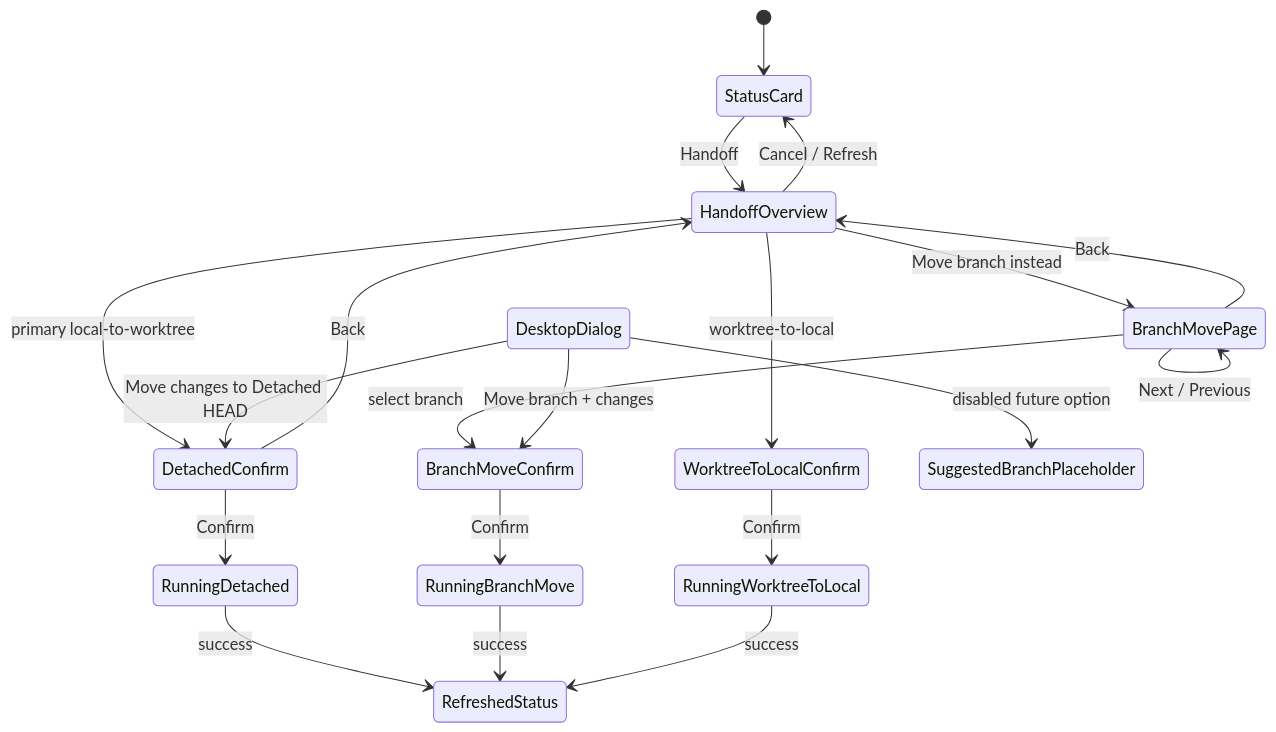
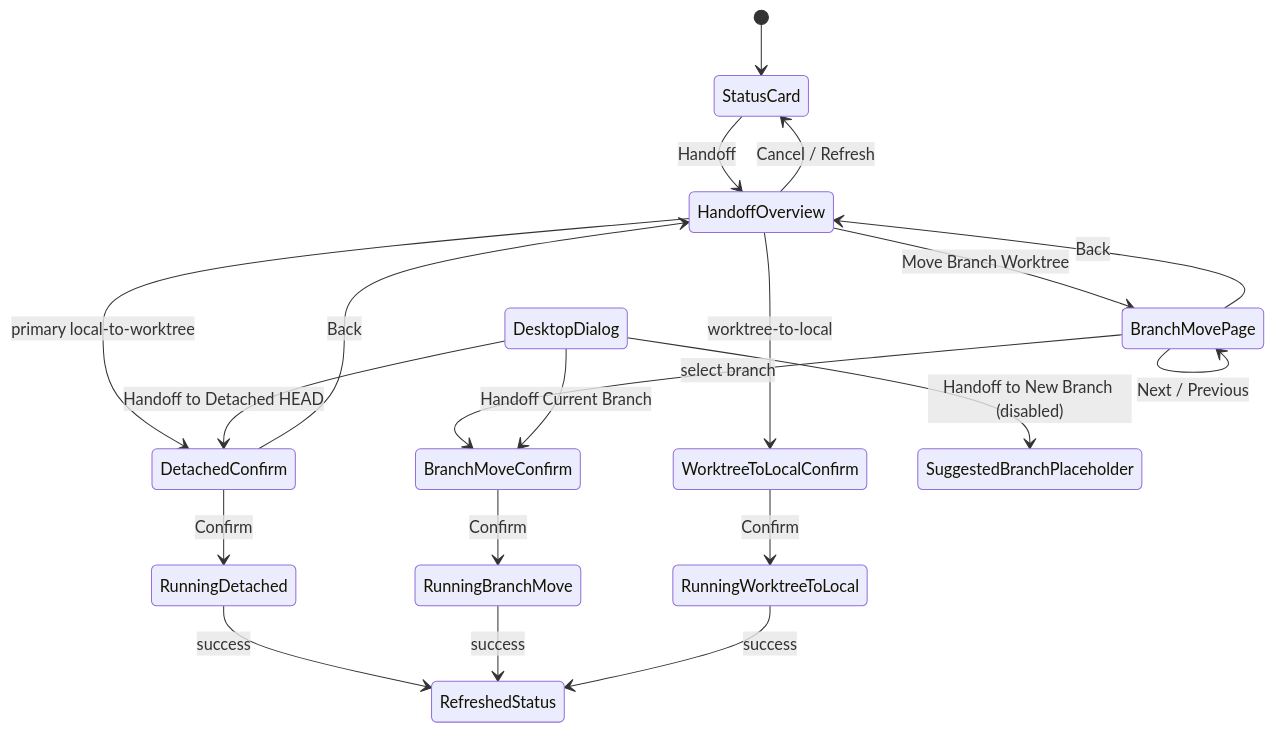
Before and after one commit to pwrdrvr/PwrAgent: the first of 2 diagrams in docs/plans/2026-05-02-004-fix-messaging-handoff-branch-picker-plan.md, drawn with Mermaid. The commit also changed other lines of this file and 2 other files, not shown here.

Commit message:
fix(desktop): align handoff strategy labels

````diff
--- a/docs/plans/2026-05-02-004-fix-messaging-handoff-branch-picker-plan.md
+++ b/docs/plans/2026-05-02-004-fix-messaging-handoff-branch-picker-plan.md
@@ -236,22 +244,22 @@
 ```mermaid
 stateDiagram-v2
     [*] --> StatusCard
     StatusCard --> HandoffOverview: Handoff
     HandoffOverview --> DetachedConfirm: primary local-to-worktree
     DetachedConfirm --> RunningDetached: Confirm
     RunningDetached --> RefreshedStatus: success
-    HandoffOverview --> BranchMovePage: Move branch instead
+    HandoffOverview --> BranchMovePage: Move Branch Worktree
     BranchMovePage --> BranchMovePage: Next / Previous
     BranchMovePage --> BranchMoveConfirm: select branch
     BranchMoveConfirm --> RunningBranchMove: Confirm
     RunningBranchMove --> RefreshedStatus: success
     HandoffOverview --> WorktreeToLocalConfirm: worktree-to-local
     WorktreeToLocalConfirm --> RunningWorktreeToLocal: Confirm
-    DesktopDialog --> DetachedConfirm: Move changes to Detached HEAD
-    DesktopDialog --> BranchMoveConfirm: Move branch + changes
-    DesktopDialog --> SuggestedBranchPlaceholder: disabled future option
+    DesktopDialog --> DetachedConfirm: Handoff to Detached HEAD
+    DesktopDialog --> SuggestedBranchPlaceholder: Handoff to New Branch (disabled)
+    DesktopDialog --> BranchMoveConfirm: Handoff Current Branch
     RunningWorktreeToLocal --> RefreshedStatus: success
     DetachedConfirm --> HandoffOverview: Back
     BranchMovePage --> HandoffOverview: Back
     HandoffOverview --> StatusCard: Cancel / Refresh
 ```
````
